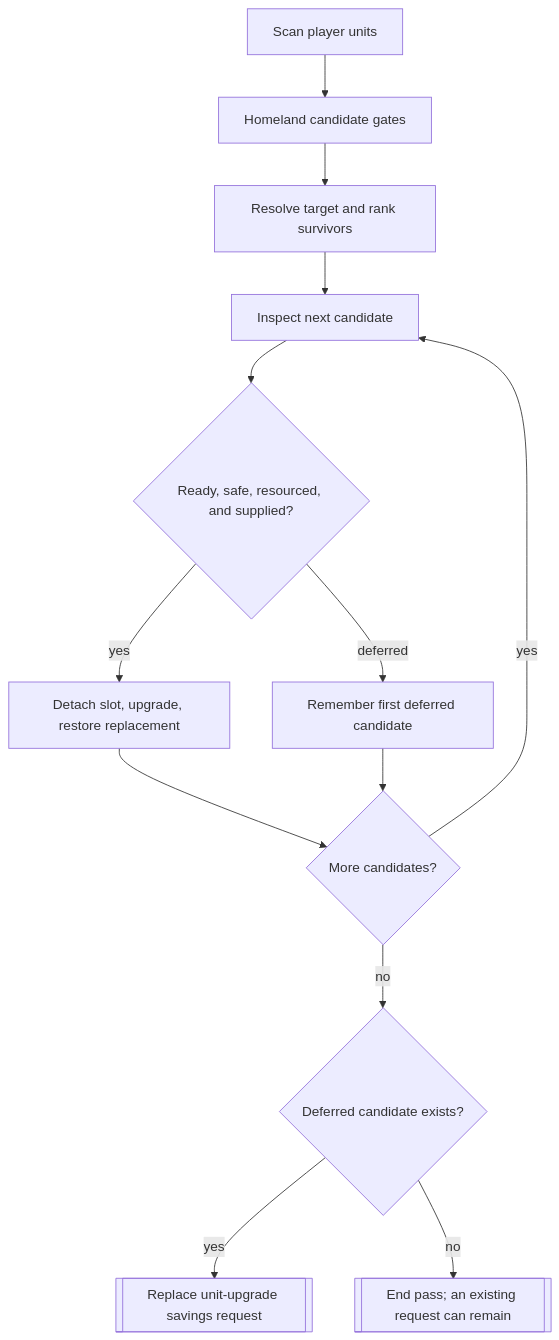
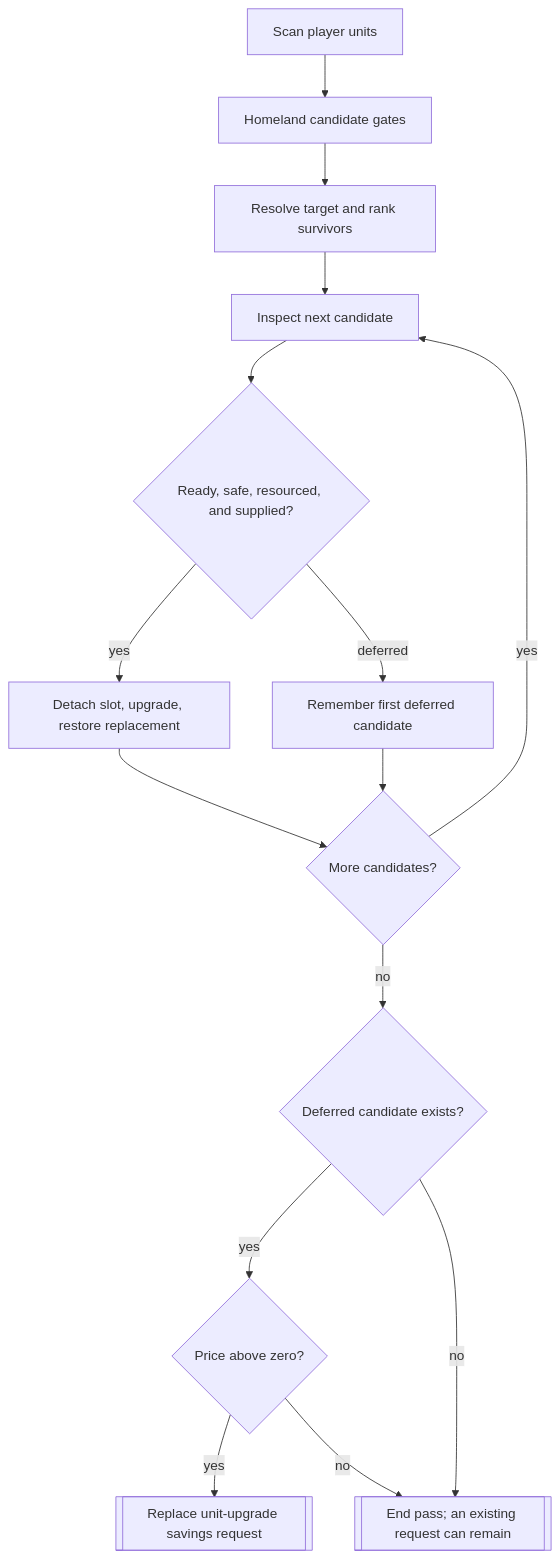
The first of 2 diagrams in docs/developers/civ5-dll/unit-ai/upgrade.md (vox-deorum/vox-deorum), drawn with Mermaid before and after one commit. The commit also changed other lines of this file and 2 other files, not shown here.

Commit message:
Updated DLL.

````diff
--- a/docs/developers/civ5-dll/unit-ai/upgrade.md
+++ b/docs/developers/civ5-dll/unit-ai/upgrade.md
@@ -13,15 +13,17 @@
 ```mermaid
 flowchart TD
     S[Scan player units] --> G[Homeland candidate gates]
     G --> R[Resolve target and rank survivors]
     R --> A[Inspect next candidate]
     A --> C{Ready, safe, resourced, and supplied?}
     C -->|yes| U[Detach slot, upgrade, restore replacement]
     C -->|deferred| F[Remember first deferred candidate]
     U --> M{More candidates?}
     F --> M
     M -->|yes| A
     M -->|no| Q{Deferred candidate exists?}
-    Q -->|yes| W[[Replace unit-upgrade savings request]]
+    Q -->|yes| C2{Price above zero?}
+    C2 -->|yes| W[[Replace unit-upgrade savings request]]
+    C2 -->|no| E
     Q -->|no| E[[End pass; an existing request can remain]]
 ```
````
